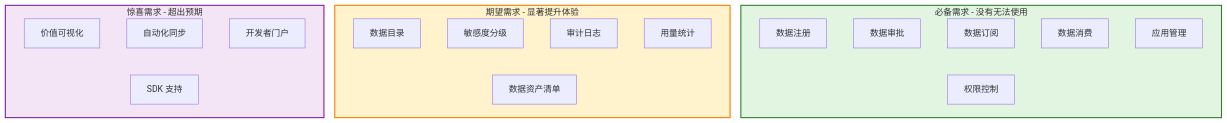
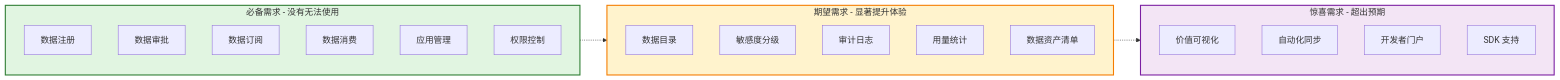
The sixth of 10 diagrams in open-app/.specs/feature-session-001/discovery-report.md (THZSummer/Product), drawn with Mermaid before and after one commit.

Commit message:
design: 优化 4.1 需求分层图表布局
- 使用 graph LR 布局（从左到右）
- subgraph 内节点垂直排列
- 三大块水平排列，用虚线箭头连接
- 保持颜色区分（绿色、黄色、紫色）

````diff
--- a/open-app/.specs/feature-session-001/discovery-report.md
+++ b/open-app/.specs/feature-session-001/discovery-report.md
@@ -210,34 +210,32 @@
 ```mermaid
-graph TB
+graph LR
     subgraph Must_Have[必备需求 - 没有无法使用]
         M1[数据注册]
         M2[数据审批]
         M3[数据订阅]
         M4[数据消费]
         M5[应用管理]
         M6[权限控制]
     end
     
     subgraph Should_Have[期望需求 - 显著提升体验]
         S1[数据目录]
         S2[敏感度分级]
         S3[审计日志]
         S4[用量统计]
         S5[数据资产清单]
     end
     
     subgraph Could_Have[惊喜需求 - 超出预期]
         C1[价值可视化]
         C2[自动化同步]
         C3[开发者门户]
         C4[SDK 支持]
     end
     
-    M1 & M2 & M3 & M4 & M5 & M6 -.- Must_Have
-    S1 & S2 & S3 & S4 & S5 -.- Should_Have
-    C1 & C2 & C3 & C4 -.- Could_Have
+    Must_Have -.-> Should_Have -.-> Could_Have
     
     style Must_Have fill:#e1f5e1,stroke:#2e7d32,stroke-width:2px
     style Should_Have fill:#fff3cd,stroke:#f57c00,stroke-width:2px
     style Could_Have fill:#f3e5f5,stroke:#7b1fa2,stroke-width:2px
 ```
````
